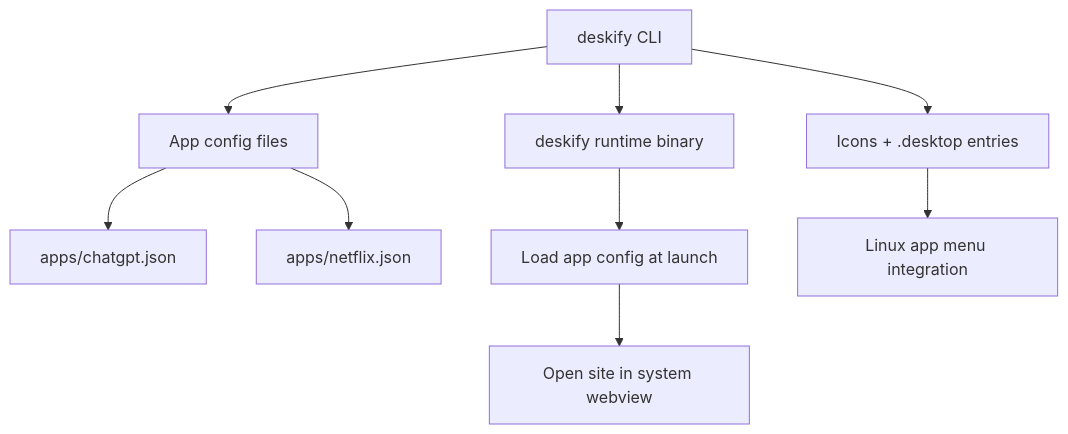
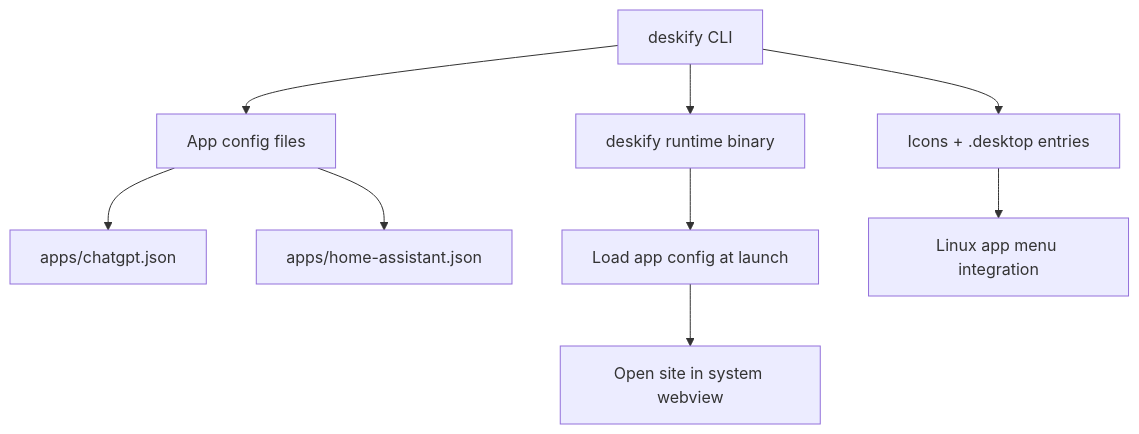
One commit to spalencsar/deskify changed the second of 2 diagrams in README.md. Above: the diagram before and after it, drawn with Mermaid. The commit also changed other lines of this file, not shown here.

Commit message:
Remove Netflix/DRM examples from README

````diff
--- a/README.md
+++ b/README.md
@@ -112,11 +112,11 @@
 ```mermaid
 flowchart TD
     A[deskify CLI] --> B[deskify runtime binary]
     A --> C[App config files]
     A --> D[Icons + .desktop entries]
     C --> E[apps/chatgpt.json]
-    C --> F[apps/netflix.json]
+    C --> F[apps/home-assistant.json]
     B --> G[Load app config at launch]
     G --> H[Open site in system webview]
     D --> I[Linux app menu integration]
 ```
````
